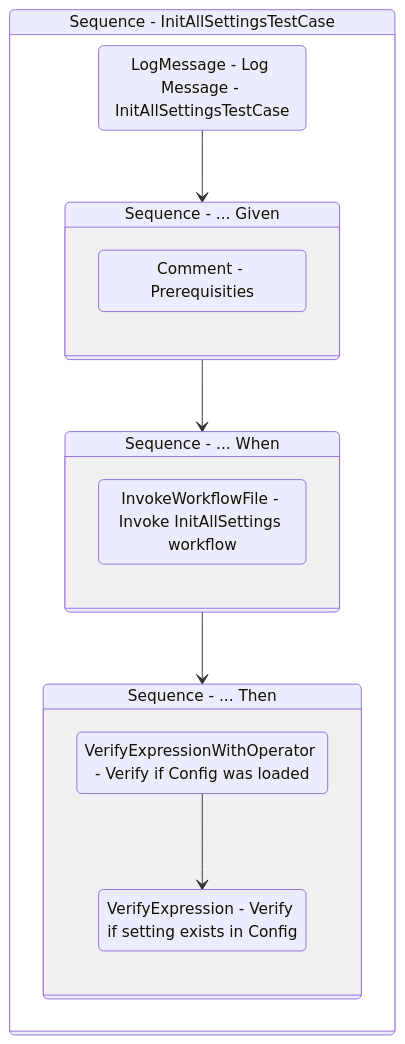
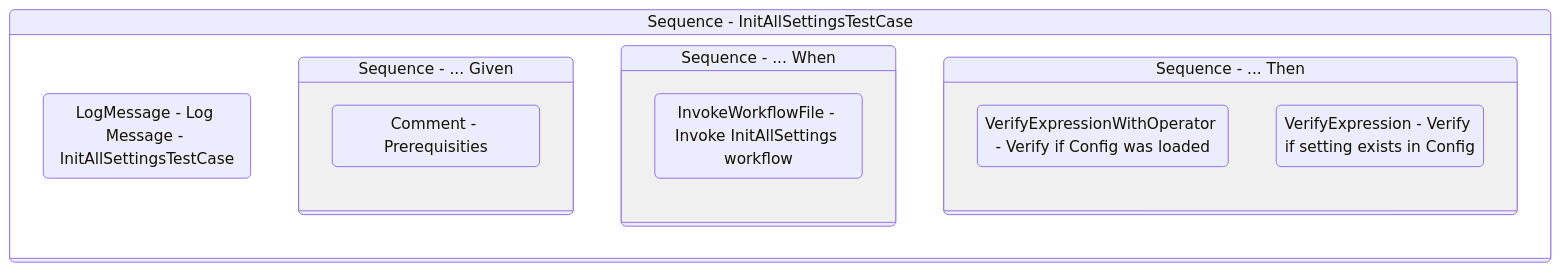
Before and after one commit to yashbrahmbhatt/LazyFramework: the diagram in Documentation/.templates/Performers/REFramework/Tests/InitAllSettingsTestCase.md, drawn with Mermaid. The commit also changed 72 other files, not shown here.

````diff
--- a/Documentation/.templates/Performers/REFramework/Tests/InitAllSettingsTestCase.md
+++ b/Documentation/.templates/Performers/REFramework/Tests/InitAllSettingsTestCase.md
@@ -117,30 +117,29 @@
 ```mermaid
 stateDiagram-v2
 
 
 Sequence_1: Sequence - InitAllSettingsTestCase
 state Sequence_1 {
 direction TB
 LogMessage_1 : LogMessage - Log Message - InitAllSettingsTestCase
-LogMessage_1 --> Sequence_2
+
 Sequence_2: Sequence - ... Given
 state Sequence_2 {
 direction TB
 Comment_1 : Comment - Prerequisities
 }
-Sequence_2 --> Sequence_3
+
 Sequence_3: Sequence - ... When
 state Sequence_3 {
 direction TB
 InvokeWorkflowFile_1 : InvokeWorkflowFile - Invoke InitAllSettings workflow
 }
-Sequence_3 --> Sequence_4
+
 Sequence_4: Sequence - ... Then
 state Sequence_4 {
 direction TB
 VerifyExpressionWithOperator_1 : VerifyExpressionWithOperator - Verify if Config was loaded
 VerifyExpression_1 : VerifyExpression - Verify if setting exists in Config
-VerifyExpressionWithOperator_1 --> VerifyExpression_1
 }
 }
 ```
````
